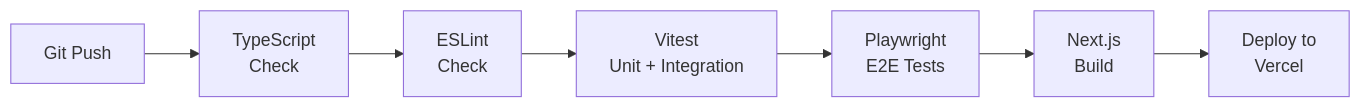
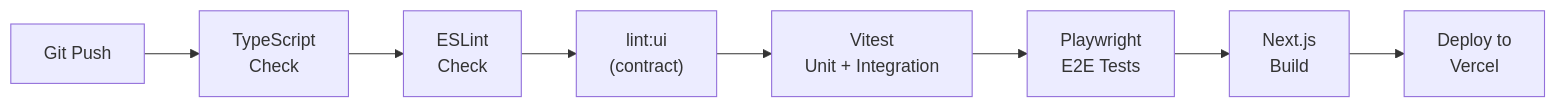
The second of 2 diagrams in docs/architecture/DEPLOYMENT.md (mayoite/12072026), drawn with Mermaid before and after one commit. The commit also changed other lines of this file and 205 other files, not shown here.

````diff
--- a/docs/architecture/DEPLOYMENT.md
+++ b/docs/architecture/DEPLOYMENT.md
@@ -78,9 +95,10 @@
 ```mermaid
 flowchart LR
     Push["Git Push"] --> Typecheck["TypeScript\nCheck"]
     Typecheck --> Lint["ESLint\nCheck"]
-    Lint --> Tests["Vitest\nUnit + Integration"]
+    Lint --> UILint["lint:ui\n(contract)"]
+    UILint --> Tests["Vitest\nUnit + Integration"]
     Tests --> E2E["Playwright\nE2E Tests"]
     E2E --> Build["Next.js\nBuild"]
     Build --> Deploy["Deploy to\nVercel"]
 ```
````
